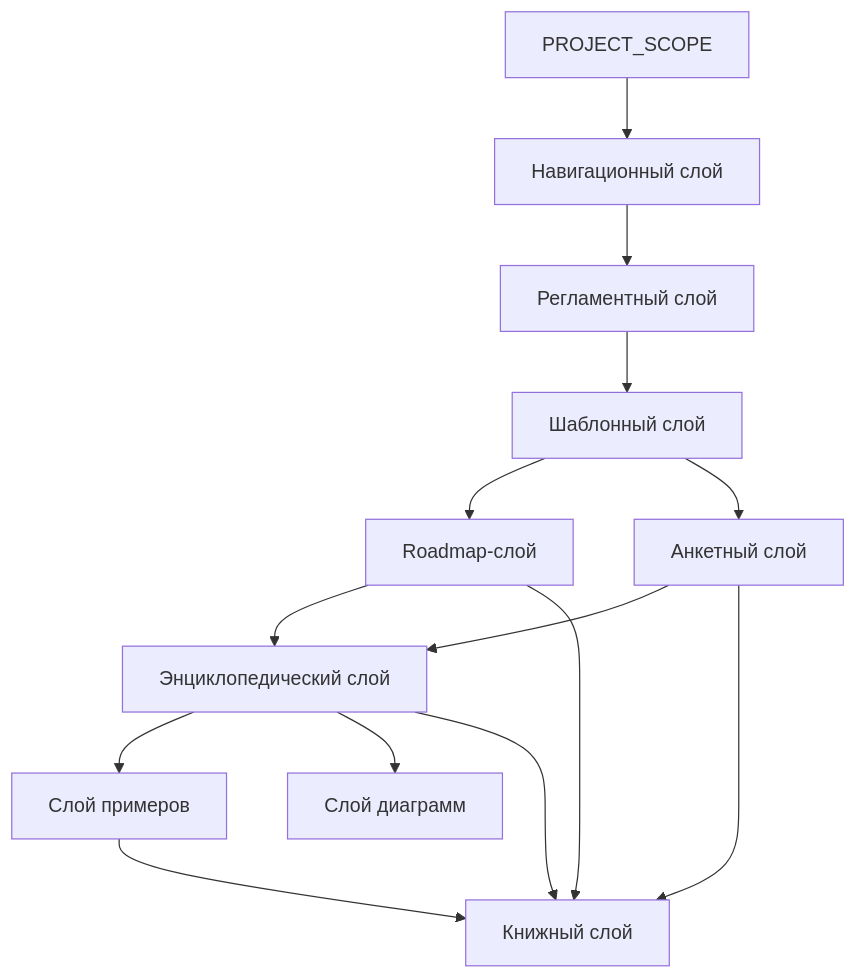
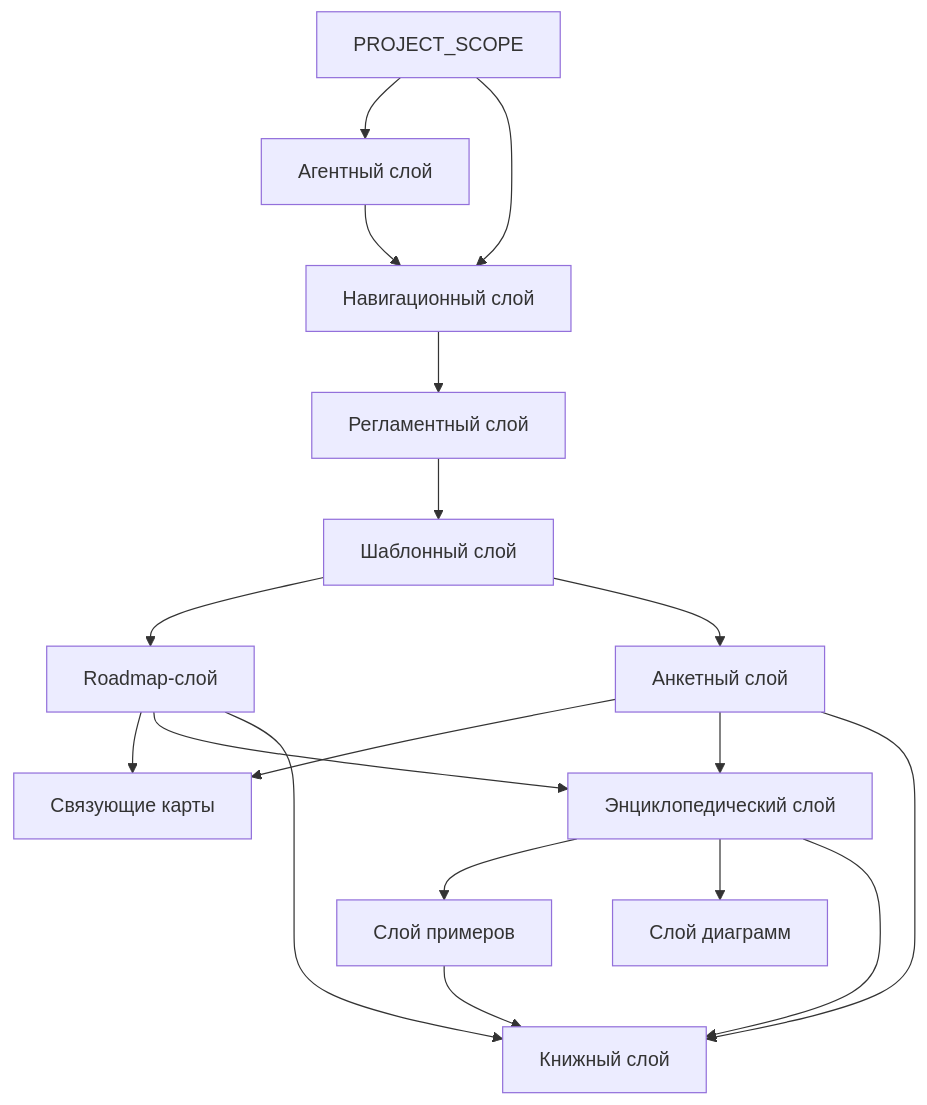
Before and after one commit to Mvil34998/Programming-Digital-Systems: the first of 2 diagrams in docs/00_maps/Knowledge_Layer_Map.md, drawn with Mermaid. The commit also changed other lines of this file, not shown here.

````diff
--- a/docs/00_maps/Knowledge_Layer_Map.md
+++ b/docs/00_maps/Knowledge_Layer_Map.md
@@ -21,16 +21,20 @@
 ```mermaid
 flowchart TD
-    A[PROJECT_SCOPE] --> B[Навигационный слой]
-    B --> C[Регламентный слой]
-    C --> D[Шаблонный слой]
-    D --> E[Roadmap-слой]
-    D --> F[Анкетный слой]
-    E --> G[Энциклопедический слой]
-    F --> G
-    G --> H[Слой примеров]
-    G --> I[Слой диаграмм]
-    E --> J[Книжный слой]
-    F --> J
-    G --> J
-    H --> J
+    A[PROJECT_SCOPE] --> B[Агентный слой]
+    A --> C[Навигационный слой]
+    B --> C
+    C --> D[Регламентный слой]
+    D --> E[Шаблонный слой]
+    E --> F[Roadmap-слой]
+    E --> G[Анкетный слой]
+    F --> H[Связующие карты]
+    G --> H
+    F --> I[Энциклопедический слой]
+    G --> I
+    I --> J[Слой примеров]
+    I --> K[Слой диаграмм]
+    F --> L[Книжный слой]
+    G --> L
+    I --> L
+    J --> L
 ```
````
